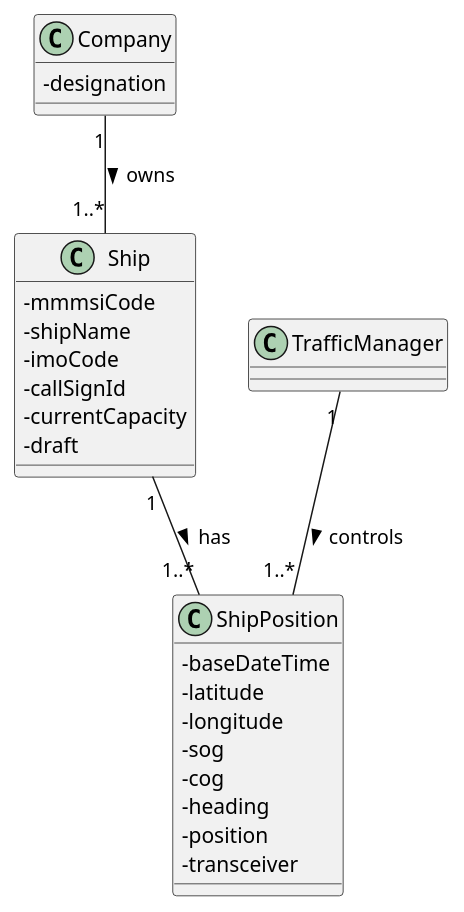
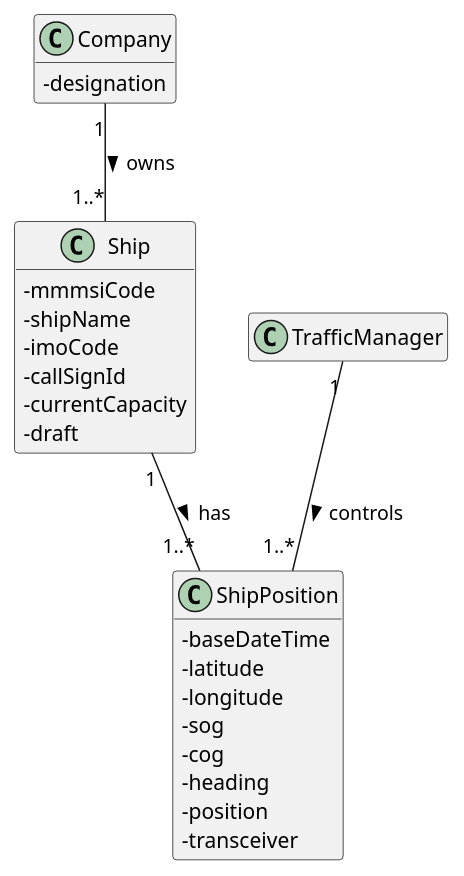
Before and after one commit to ana-albergaria/LAPR3-ISEP: the diagram in docs/US107/US107_DM.puml, drawn with PlantUML. The commit also changed 3 other files, not shown here.

Commit message:
G54-38 G54-39 #comment Adding SVG's of diagrams - Return pairs of ships[Analysis] Return pairs of ships[Design]

```diff
--- a/docs/US107/US107_DM.puml
+++ b/docs/US107/US107_DM.puml
@@ -1,35 +1,37 @@
 @startuml
 
 skinparam classAttributeIconSize 0
+hide empty methods
+hide empty attributes
 
 class Company {
     -designation
 }
 
 class TrafficManager {}
 
 class Ship {
     -mmmsiCode
     -shipName
     -imoCode
     -callSignId
     -currentCapacity /'added by us'/
     -draft
 }
 
 class ShipPosition {
     -baseDateTime
     -latitude
     -longitude
     -sog
     -cog
     -heading
     -position
     -transceiver
 }
 
 Ship "1" -- "1..*" ShipPosition : has >
 TrafficManager "1" -- "1..*" ShipPosition : controls >
 Company "1" -- "1..*" Ship : owns >
 
 @enduml
```
